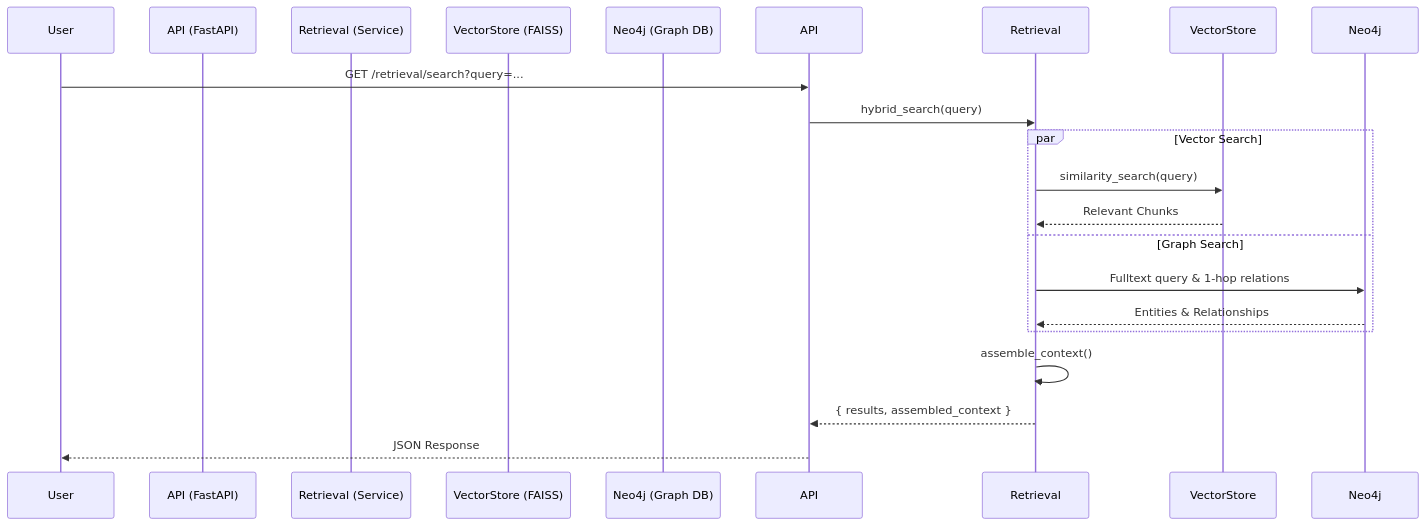
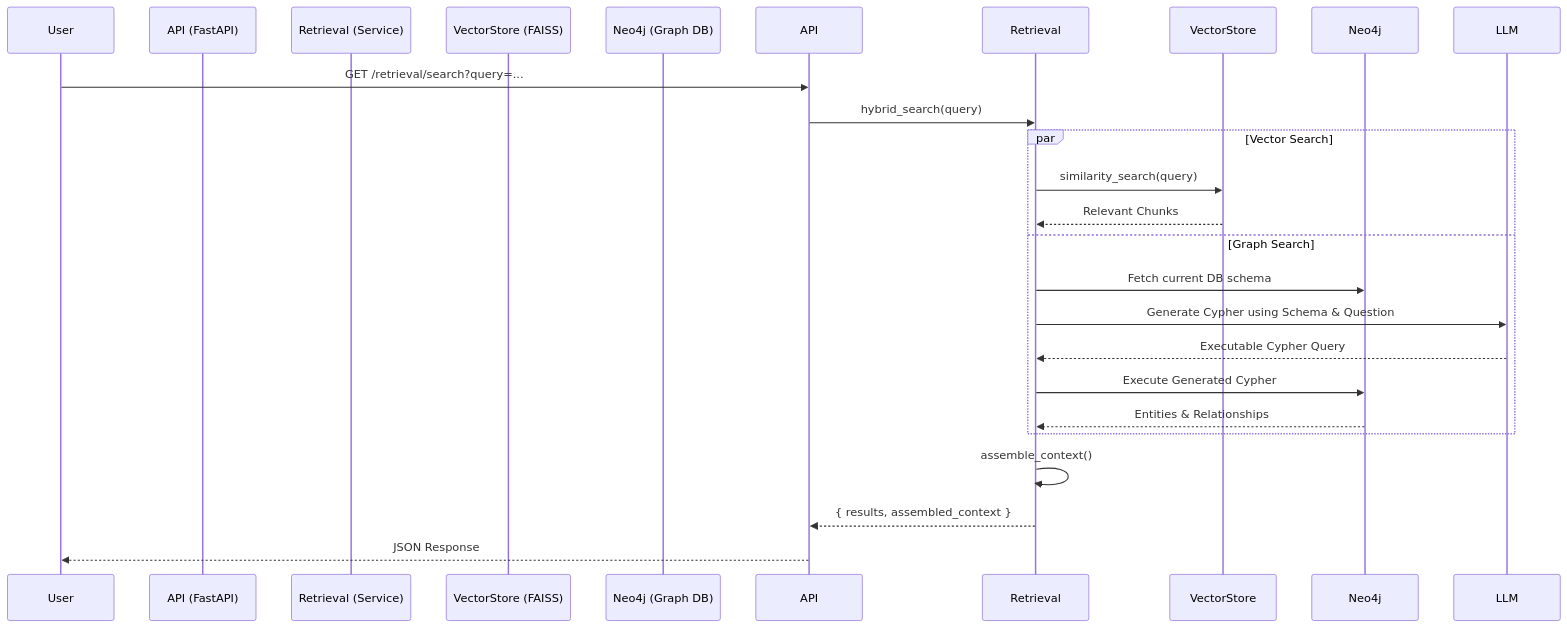
One commit to saket0x07/Knowledge-Graph-QA changed the second of 2 diagrams in ARCHITECTURE.md. Above: the diagram before and after it, drawn with Mermaid. The commit also changed other lines of this file and 2 other files, not shown here.

Commit message:
fix: resolve APOC schema dependency and harden CypherQA query generation

````diff
--- a/ARCHITECTURE.md
+++ b/ARCHITECTURE.md
@@ -96,23 +96,26 @@
 ```mermaid
 sequenceDiagram
     participant User
     participant API (FastAPI)
     participant Retrieval (Service)
     participant VectorStore (FAISS)
     participant Neo4j (Graph DB)
 
     User->>API: GET /retrieval/search?query=...
     API->>Retrieval: hybrid_search(query)
     
     par Vector Search
         Retrieval->>VectorStore: similarity_search(query)
         VectorStore-->>Retrieval: Relevant Chunks
     and Graph Search
-        Retrieval->>Neo4j: Fulltext query & 1-hop relations
+        Retrieval->>Neo4j: Fetch current DB schema
+        Retrieval->>LLM: Generate Cypher using Schema & Question
+        LLM-->>Retrieval: Executable Cypher Query
+        Retrieval->>Neo4j: Execute Generated Cypher
         Neo4j-->>Retrieval: Entities & Relationships
     end
     
     Retrieval->>Retrieval: assemble_context()
     Retrieval-->>API: { results, assembled_context }
     API-->>User: JSON Response
 ```
````
